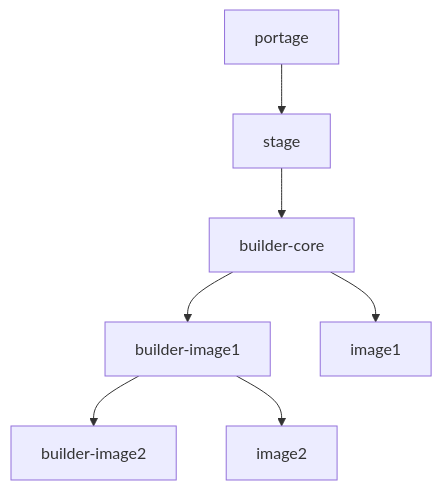
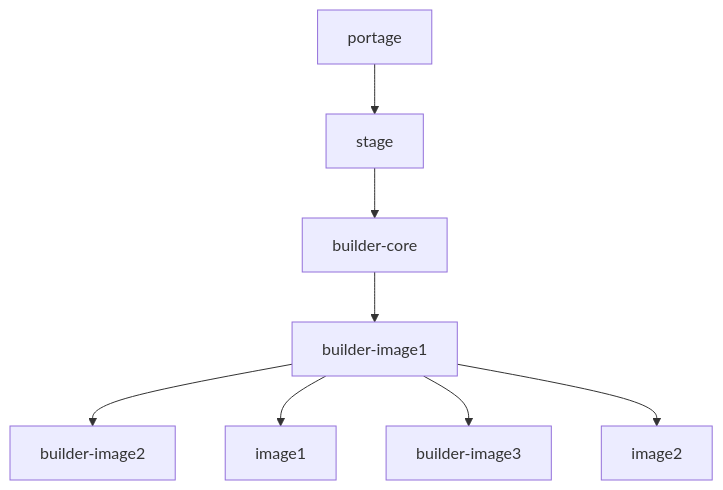
One commit to cainam/home-cluster-deployment changed the diagram in ansible/kubler.md. Above: the diagram before and after it, drawn with Mermaid.

````diff
--- a/ansible/kubler.md
+++ b/ansible/kubler.md
@@ -8,9 +8,10 @@
 ```mermaid
 graph TD; 
   portage-->stage;
   stage-->builder-core;
   builder-core-->builder-image1;
-  builder-core-->image1;
   builder-image1-->builder-image2
-  builder-image1-->image2;
+  builder-image1-->image1;
+  builder-image1-->builder-image3
+  builder-image1-->image2
 ```
````
